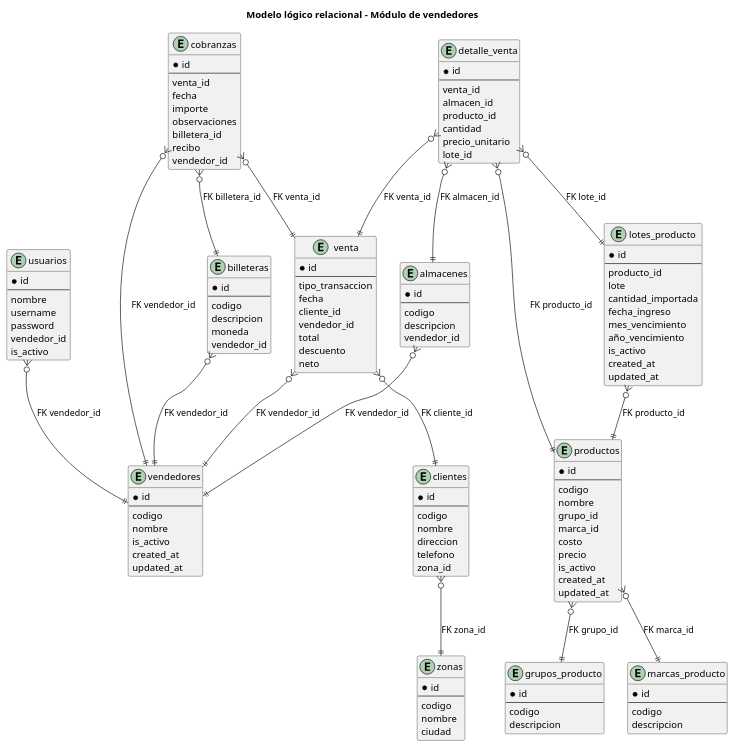
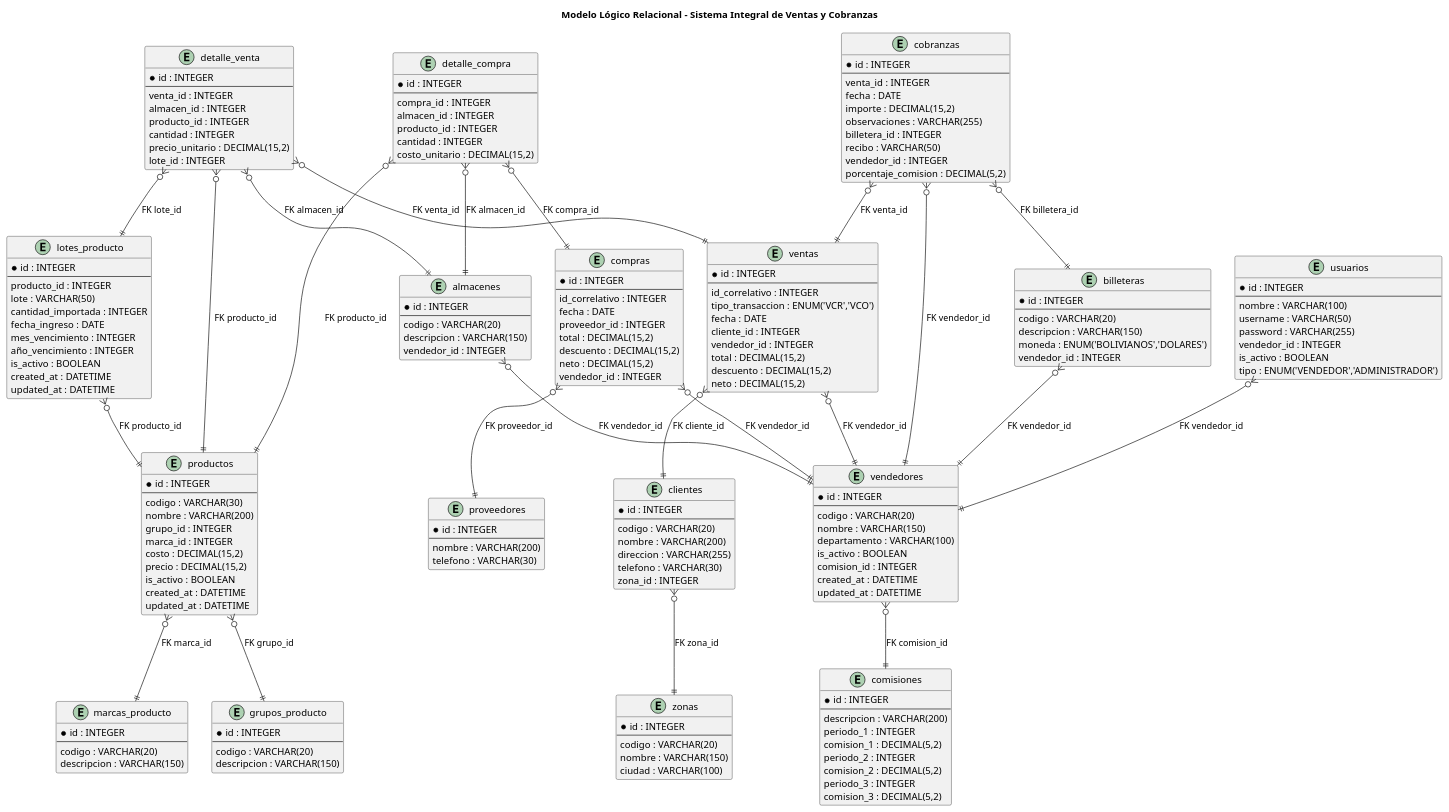
One commit to Jose20025/tesis-reing changed the diagram in diagrams/to-be/logico.puml. Above: the diagram before and after it, drawn with PlantUML. The commit also changed 19 other files, not shown here.

```diff
--- a/diagrams/to-be/logico.puml
+++ b/diagrams/to-be/logico.puml
@@ -1,170 +1,227 @@
-@startuml ModeloLogicoCentralizado
+@startuml ModeloLogicoCompleto
 
-title Modelo lógico relacional - Módulo de vendedores
+title Modelo Lógico Relacional - Sistema Integral de Ventas y Cobranzas
 
+' ===== ENTIDADES DE USUARIOS Y VENDEDORES =====
 entity "usuarios" as usuarios {
-  * id
+  * id : INTEGER
   --
-  nombre
-  username
-  password
-  vendedor_id
-  is_activo
+  nombre : VARCHAR(100)
+  username : VARCHAR(50)
+  password : VARCHAR(255)
+  vendedor_id : INTEGER
+  is_activo : BOOLEAN
+  tipo : ENUM('VENDEDOR','ADMINISTRADOR')
 }
 
 entity "vendedores" as vendedores {
-  * id
+  * id : INTEGER
   --
-  codigo
-  nombre
-  is_activo
-  created_at
-  updated_at
+  codigo : VARCHAR(20)
+  nombre : VARCHAR(150)
+  departamento : VARCHAR(100)
+  is_activo : BOOLEAN
+  comision_id : INTEGER
+  created_at : DATETIME
+  updated_at : DATETIME
 }
 
+entity "comisiones" as comisiones {
+  * id : INTEGER
+  --
+  descripcion : VARCHAR(200)
+  periodo_1 : INTEGER
+  comision_1 : DECIMAL(5,2)
+  periodo_2 : INTEGER
+  comision_2 : DECIMAL(5,2)
+  periodo_3 : INTEGER
+  comision_3 : DECIMAL(5,2)
+}
+
+' ===== ENTIDADES DE PRODUCTOS =====
 entity "productos" as productos {
-  * id
+  * id : INTEGER
   --
-  codigo
-  nombre
-  grupo_id
-  marca_id
-  costo
-  precio
-  is_activo
-  created_at
-  updated_at
+  codigo : VARCHAR(30)
+  nombre : VARCHAR(200)
+  grupo_id : INTEGER
+  marca_id : INTEGER
+  costo : DECIMAL(15,2)
+  precio : DECIMAL(15,2)
+  is_activo : BOOLEAN
+  created_at : DATETIME
+  updated_at : DATETIME
+}
+
+entity "grupos_producto" as grupos_producto {
+  * id : INTEGER
+  --
+  codigo : VARCHAR(20)
+  descripcion : VARCHAR(150)
+}
+
+entity "marcas_producto" as marcas_producto {
+  * id : INTEGER
+  --
+  codigo : VARCHAR(20)
+  descripcion : VARCHAR(150)
 }
 
 entity "lotes_producto" as lotes_producto {
-  * id
+  * id : INTEGER
   --
-  producto_id
-  lote
-  cantidad_importada
-  fecha_ingreso
-  mes_vencimiento
-  año_vencimiento
-  is_activo
-  created_at
-  updated_at
+  producto_id : INTEGER
+  lote : VARCHAR(50)
+  cantidad_importada : INTEGER
+  fecha_ingreso : DATE
+  mes_vencimiento : INTEGER
+  año_vencimiento : INTEGER
+  is_activo : BOOLEAN
+  created_at : DATETIME
+  updated_at : DATETIME
 }
 
-entity "venta" as venta {
-  * id
+' ===== ENTIDADES DE CLIENTES Y UBICACIÓN =====
+entity "clientes" as clientes {
+  * id : INTEGER
   --
-  tipo_transaccion
-  fecha
-  cliente_id
-  vendedor_id
-  total
-  descuento
-  neto
+  codigo : VARCHAR(20)
+  nombre : VARCHAR(200)
+  direccion : VARCHAR(255)
+  telefono : VARCHAR(30)
+  zona_id : INTEGER
+}
+
+entity "zonas" as zonas {
+  * id : INTEGER
+  --
+  codigo : VARCHAR(20)
+  nombre : VARCHAR(150)
+  ciudad : VARCHAR(100)
+}
+
+' ===== ENTIDADES DE ALMACENES =====
+entity "almacenes" as almacenes {
+  * id : INTEGER
+  --
+  codigo : VARCHAR(20)
+  descripcion : VARCHAR(150)
+  vendedor_id : INTEGER
+}
+
+' ===== ENTIDADES DE VENTAS =====
+entity "ventas" as ventas {
+  * id : INTEGER
+  --
+  id_correlativo : INTEGER
+  tipo_transaccion : ENUM('VCR','VCO')
+  fecha : DATE
+  cliente_id : INTEGER
+  vendedor_id : INTEGER
+  total : DECIMAL(15,2)
+  descuento : DECIMAL(15,2)
+  neto : DECIMAL(15,2)
 }
 
 entity "detalle_venta" as detalle_venta {
-  * id
+  * id : INTEGER
   --
-  venta_id
-  almacen_id
-  producto_id
-  cantidad
-  precio_unitario
-  lote_id
+  venta_id : INTEGER
+  almacen_id : INTEGER
+  producto_id : INTEGER
+  cantidad : INTEGER
+  precio_unitario : DECIMAL(15,2)
+  lote_id : INTEGER
 }
 
-entity "almacenes" as almacenes {
-  * id
+' ===== ENTIDADES DE COMPRAS =====
+entity "proveedores" as proveedores {
+  * id : INTEGER
   --
-  codigo
-  descripcion
-  vendedor_id
+  nombre : VARCHAR(200)
+  telefono : VARCHAR(30)
 }
 
-entity "clientes" as clientes {
-  * id
+entity "compras" as compras {
+  * id : INTEGER
   --
-  codigo
-  nombre
-  direccion
-  telefono
-  zona_id
+  id_correlativo : INTEGER
+  fecha : DATE
+  proveedor_id : INTEGER
+  total : DECIMAL(15,2)
+  descuento : DECIMAL(15,2)
+  neto : DECIMAL(15,2)
+  vendedor_id : INTEGER
 }
 
-entity "zonas" as zonas {
-  * id
+entity "detalle_compra" as detalle_compra {
+  * id : INTEGER
   --
-  codigo
-  nombre
-  ciudad
+  compra_id : INTEGER
+  almacen_id : INTEGER
+  producto_id : INTEGER
+  cantidad : INTEGER
+  costo_unitario : DECIMAL(15,2)
 }
 
+' ===== ENTIDADES DE COBRANZAS =====
 entity "billeteras" as billeteras {
-  * id
+  * id : INTEGER
   --
-  codigo
-  descripcion
-  moneda
-  vendedor_id
+  codigo : VARCHAR(20)
+  descripcion : VARCHAR(150)
+  moneda : ENUM('BOLIVIANOS','DOLARES')
+  vendedor_id : INTEGER
 }
 
 entity "cobranzas" as cobranzas {
-  * id
+  * id : INTEGER
   --
-  venta_id
-  fecha
-  importe
-  observaciones
-  billetera_id
-  recibo
-  vendedor_id
+  venta_id : INTEGER
+  fecha : DATE
+  importe : DECIMAL(15,2)
+  observaciones : VARCHAR(255)
+  billetera_id : INTEGER
+  recibo : VARCHAR(50)
+  vendedor_id : INTEGER
+  porcentaje_comision : DECIMAL(5,2)
 }
 
-entity "marcas_producto" as marcas_producto {
-  * id
-  --
-  codigo
-  descripcion
-}
+' ===== RELACIONES (FOREIGN KEYS) =====
 
-entity "grupos_producto" as grupos_producto {
-  * id
-  --
-  codigo
-  descripcion
-}
+' Usuarios y vendedores
+usuarios }o--|| vendedores : "FK vendedor_id"
+vendedores }o--|| comisiones : "FK comision_id"
 
-' Relación usuarios - vendedores
-usuarios }o--|| vendedores : "FK vendedor_id"
-
-' Relaciones productos / catálogos
+' Productos y catálogos
 productos }o--|| grupos_producto : "FK grupo_id"
 productos }o--|| marcas_producto : "FK marca_id"
-
-' Lotes
 lotes_producto }o--|| productos : "FK producto_id"
 
+' Clientes y ubicación
+clientes }o--|| zonas : "FK zona_id"
+
+' Almacenes
+almacenes }o--|| vendedores : "FK vendedor_id"
+
 ' Ventas
-venta }o--|| clientes : "FK cliente_id"
-venta }o--|| vendedores : "FK vendedor_id"
-
-' Detalle de venta
-detalle_venta }o--|| venta : "FK venta_id"
+ventas }o--|| clientes : "FK cliente_id"
+ventas }o--|| vendedores : "FK vendedor_id"
+detalle_venta }o--|| ventas : "FK venta_id"
 detalle_venta }o--|| almacenes : "FK almacen_id"
 detalle_venta }o--|| productos : "FK producto_id"
 detalle_venta }o--|| lotes_producto : "FK lote_id"
 
-' Clientes / zonas
-clientes }o--|| zonas : "FK zona_id"
-
-' Almacenes / vendedores
-almacenes }o--|| vendedores : "FK vendedor_id"
-
-' Billeteras / vendedores
-billeteras }o--|| vendedores : "FK vendedor_id"
+' Compras
+compras }o--|| proveedores : "FK proveedor_id"
+compras }o--|| vendedores : "FK vendedor_id"
+detalle_compra }o--|| compras : "FK compra_id"
+detalle_compra }o--|| almacenes : "FK almacen_id"
+detalle_compra }o--|| productos : "FK producto_id"
 
 ' Cobranzas
-cobranzas }o--|| venta : "FK venta_id"
+billeteras }o--|| vendedores : "FK vendedor_id"
+cobranzas }o--|| ventas : "FK venta_id"
 cobranzas }o--|| billeteras : "FK billetera_id"
 cobranzas }o--|| vendedores : "FK vendedor_id"
 
```
